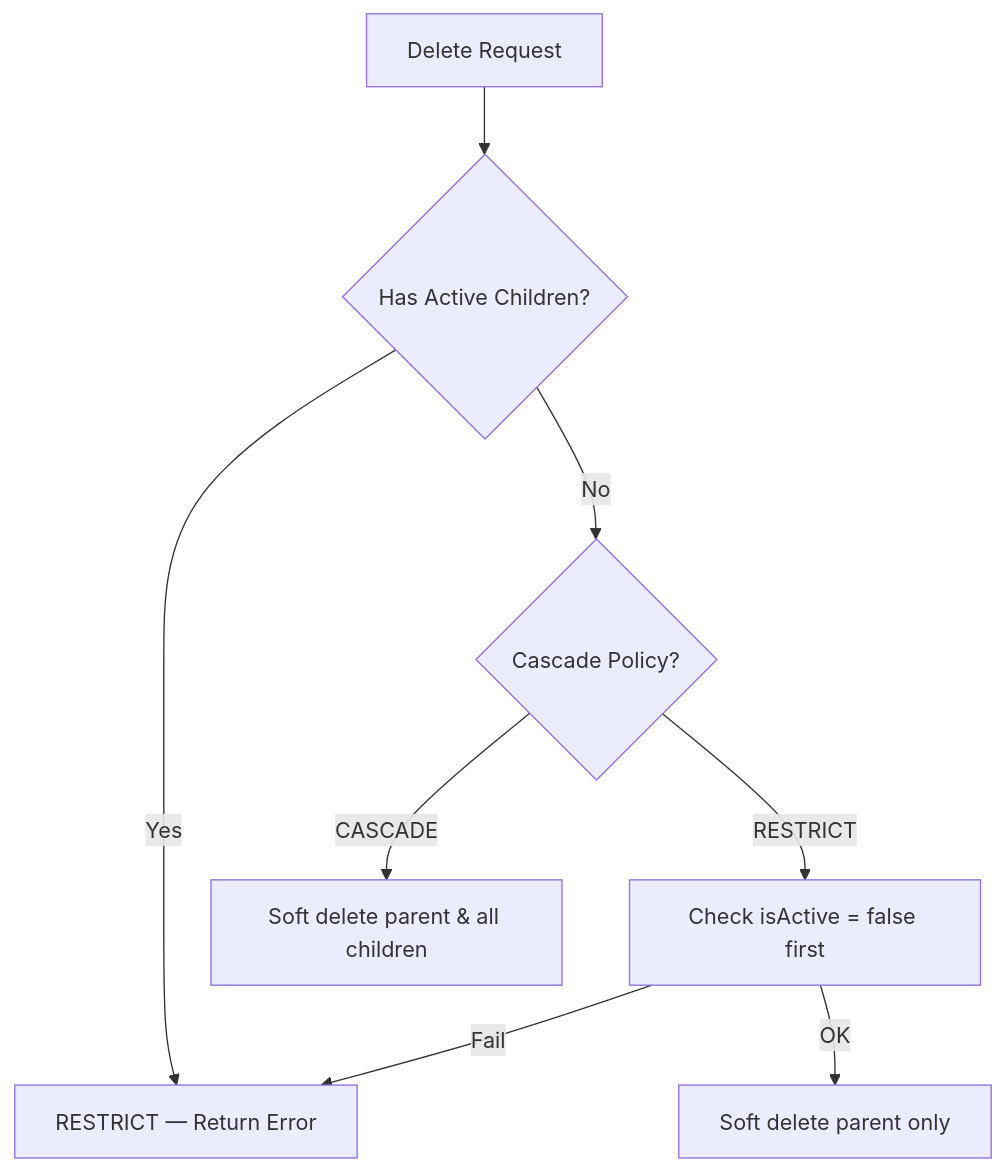
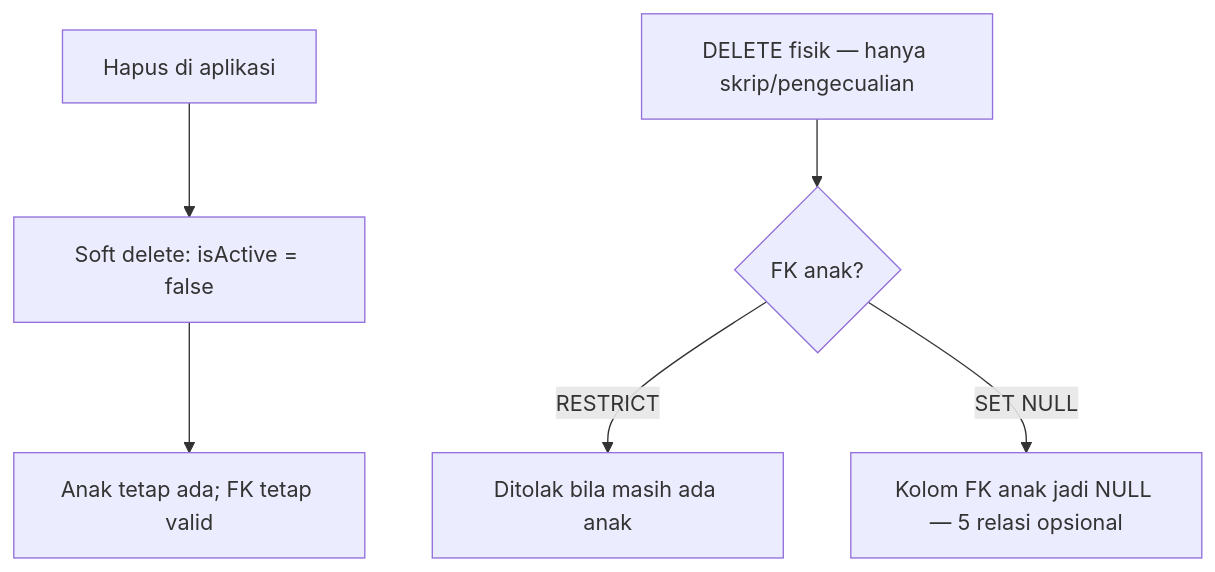
Before and after one commit to WRI-Indonesia/mis-smallholder-hub: the diagram in docs/database/constraints.md, drawn with Mermaid. The commit also changed other lines of this file and 90 other files, not shown here.

First line of the commit message:
docs: review ke-2 terhadap kode & mis-prod + pecah ui-ux/erd

````diff
--- a/docs/database/constraints.md
+++ b/docs/database/constraints.md
@@ -171,10 +171,8 @@
 ```mermaid
 flowchart TD
-    A[Delete Request] --> B{Has Active Children?}
-    B -->|Yes| C[RESTRICT — Return Error]
-    B -->|No| D{Cascade Policy?}
-    D -->|RESTRICT| E[Check isActive = false first]
-    D -->|CASCADE| F[Soft delete parent & all children]
-    E -->|OK| G[Soft delete parent only]
-    E -->|Fail| C
+    A[Hapus di aplikasi] --> B[Soft delete: isActive = false]
+    B --> C[Anak tetap ada; FK tetap valid]
+    A2[DELETE fisik — hanya skrip/pengecualian] --> D{FK anak?}
+    D -->|RESTRICT| E[Ditolak bila masih ada anak]
+    D -->|SET NULL| F[Kolom FK anak jadi NULL — 5 relasi opsional]
 ```
````
